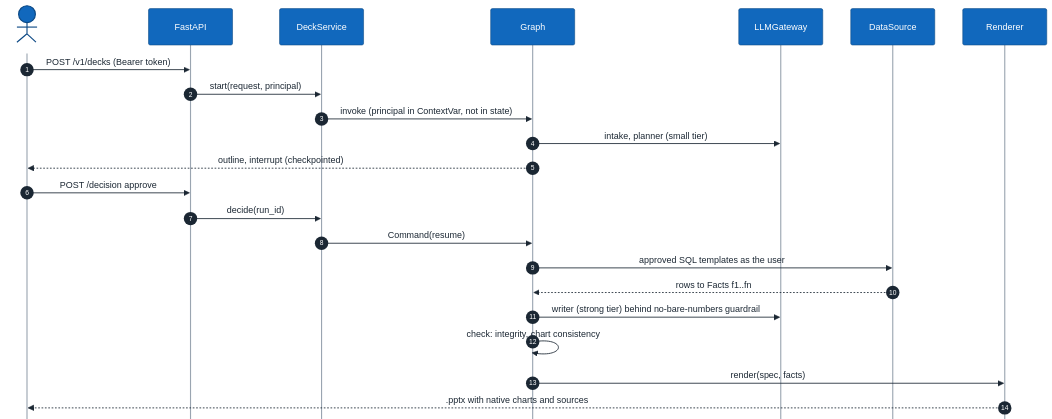
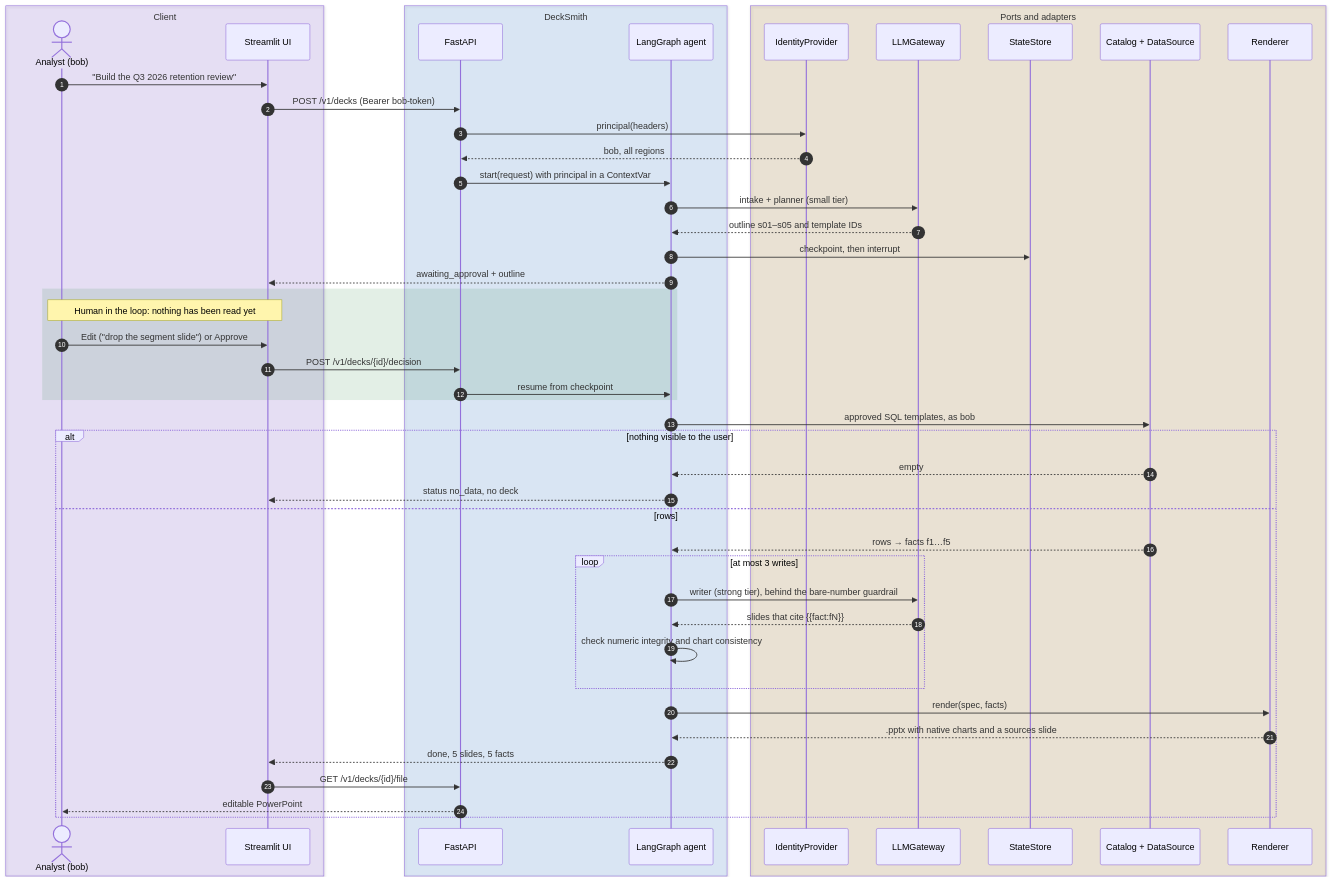
One commit to santoshshinde2012/deck-smith-local changed the fourth of 7 diagrams in ARCHITECTURE.md. Above: the diagram before and after it, drawn with Mermaid. The commit also changed other lines of this file and 9 other files, not shown here.

First line of the commit message:
docs: rewrite README and architecture diagrams with one semantic palette

````diff
--- a/ARCHITECTURE.md
+++ b/ARCHITECTURE.md
@@ -132,28 +267,54 @@
 ```mermaid
-%%{init: {"theme": "base", "fontFamily": "Helvetica, Arial, DejaVu Sans, sans-serif", "themeVariables": {"fontFamily": "Helvetica, Arial, DejaVu Sans, sans-serif", "fontSize": "14px", "actorBkg": "#1168BD", "actorBorder": "#0B4884", "actorTextColor": "#FFFFFF", "actorLineColor": "#9AA5B1", "signalColor": "#1B2733", "signalTextColor": "#1B2733", "labelBoxBkgColor": "#E8EEF6", "labelBoxBorderColor": "#5B6B82", "labelTextColor": "#1B2733", "loopTextColor": "#1B2733", "noteBkgColor": "#FFF8E1", "noteBorderColor": "#C77700", "noteTextColor": "#1B2733", "activationBkgColor": "#E8EEF6", "activationBorderColor": "#1168BD", "sequenceNumberColor": "#FFFFFF"}, "sequence": {"mirrorActors": false, "showSequenceNumbers": true}}}%%
-%% diagram: dsl-request-flow
-%% caption: One request: outline, approval, facts from approved SQL as the user, guarded writing, deterministic checks, rendering.
+%% diagram: request-sequence
+%% caption: Request to deck. The run pauses for approval before any data is read; data is fetched as the user; the writer is guarded and checked before rendering.
 sequenceDiagram
   autonumber
-  actor U as User (bob)
-  participant A as FastAPI
-  participant S as DeckService
-  participant G as Graph
-  participant L as LLMGateway
-  participant D as DataSource
-  participant R as Renderer
-  U->>A: POST /v1/decks (Bearer token)
-  A->>S: start(request, principal)
-  S->>G: invoke (principal in ContextVar, not in state)
-  G->>L: intake, planner (small tier)
-  G-->>U: outline, interrupt (checkpointed)
-  U->>A: POST /decision approve
-  A->>S: decide(run_id)
-  S->>G: Command(resume)
-  G->>D: approved SQL templates as the user
-  D-->>G: rows to Facts f1..fn
-  G->>L: writer (strong tier) behind no-bare-numbers guardrail
-  G->>G: check: integrity, chart consistency
-  G->>R: render(spec, facts)
-  R-->>U: .pptx with native charts and sources
+  box rgba(130,80,223,0.14) Client
+    actor U as Analyst (bob)
+    participant UI as Streamlit UI
+  end
+  box rgba(9,105,218,0.12) DeckSmith
+    participant API as FastAPI
+    participant G as LangGraph agent
+  end
+  box rgba(154,103,0,0.14) Ports and adapters
+    participant ID as IdentityProvider
+    participant L as LLMGateway
+    participant ST as StateStore
+    participant D as Catalog + DataSource
+    participant R as Renderer
+  end
+
+  U->>UI: "Build the Q3 2026 retention review"
+  UI->>API: POST /v1/decks (Bearer bob-token)
+  API->>ID: principal(headers)
+  ID-->>API: bob, all regions
+  API->>G: start(request) with principal in a ContextVar
+  G->>L: intake + planner (small tier)
+  L-->>G: outline s01–s05 and template IDs
+  G->>ST: checkpoint, then interrupt
+  G-->>UI: awaiting_approval + outline
+  rect rgba(26,127,55,0.12)
+    Note over U,UI: Human in the loop: nothing has been read yet
+    U->>UI: Edit ("drop the segment slide") or Approve
+    UI->>API: POST /v1/decks/{id}/decision
+    API->>G: resume from checkpoint
+  end
+  G->>D: approved SQL templates, as bob
+  alt nothing visible to the user
+    D-->>G: empty
+    G-->>UI: status no_data, no deck
+  else rows
+    D-->>G: rows → facts f1…f5
+    loop at most 3 writes
+      G->>L: writer (strong tier), behind the bare-number guardrail
+      L-->>G: slides that cite {{fact:fN}}
+      G->>G: check numeric integrity and chart consistency
+    end
+    G->>R: render(spec, facts)
+    R-->>G: .pptx with native charts and a sources slide
+    G-->>UI: done, 5 slides, 5 facts
+    UI->>API: GET /v1/decks/{id}/file
+    API-->>U: editable PowerPoint
+  end
 ```
````
